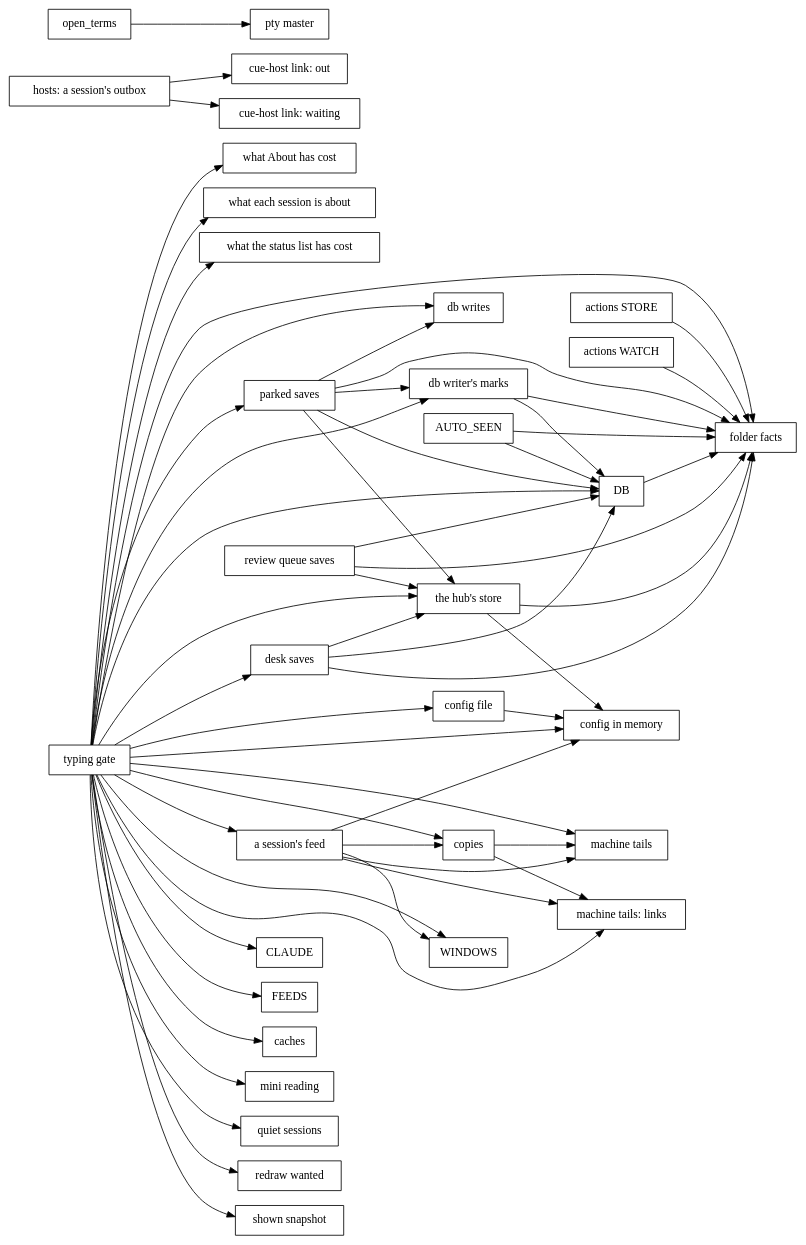
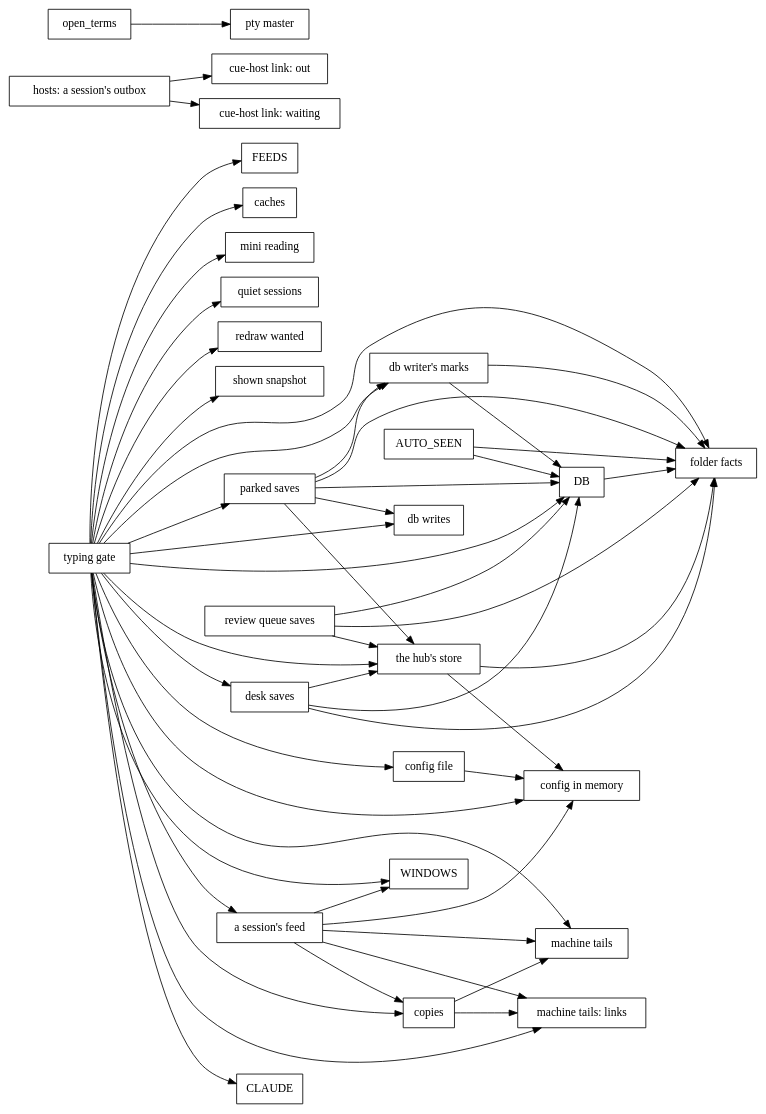
One commit to spacegrowth/cue changed the diagram in docs/dev/lock-graph.dot. Above: the diagram before and after it, drawn with Graphviz. The commit also changed 135 other files, not shown here.

```diff
--- a/docs/dev/lock-graph.dot
+++ b/docs/dev/lock-graph.dot
@@ -1,60 +1,55 @@
 // Generated by `cargo run -p xtask -- inventory`; don't edit by hand.
 digraph locks {
   rankdir=LR;
   node [shape=box];
   "AUTO_SEEN" -> "DB";
   "AUTO_SEEN" -> "folder facts";
   "DB" -> "folder facts";
   "a session's feed" -> "WINDOWS";
   "a session's feed" -> "config in memory";
   "a session's feed" -> "copies";
   "a session's feed" -> "machine tails";
   "a session's feed" -> "machine tails: links";
-  "actions STORE" -> "folder facts";
-  "actions WATCH" -> "folder facts";
   "config file" -> "config in memory";
   "copies" -> "machine tails";
   "copies" -> "machine tails: links";
   "db writer's marks" -> "DB";
   "db writer's marks" -> "folder facts";
   "desk saves" -> "DB";
   "desk saves" -> "folder facts";
   "desk saves" -> "the hub's store";
   "hosts: a session's outbox" -> "cue-host link: out";
   "hosts: a session's outbox" -> "cue-host link: waiting";
   "open_terms" -> "pty master";
   "parked saves" -> "DB";
   "parked saves" -> "db writer's marks";
   "parked saves" -> "db writes";
   "parked saves" -> "folder facts";
   "parked saves" -> "the hub's store";
   "review queue saves" -> "DB";
   "review queue saves" -> "folder facts";
   "review queue saves" -> "the hub's store";
   "the hub's store" -> "config in memory";
   "the hub's store" -> "folder facts";
   "typing gate" -> "CLAUDE";
   "typing gate" -> "DB";
   "typing gate" -> "FEEDS";
   "typing gate" -> "WINDOWS";
   "typing gate" -> "a session's feed";
   "typing gate" -> "caches";
   "typing gate" -> "config file";
   "typing gate" -> "config in memory";
   "typing gate" -> "copies";
   "typing gate" -> "db writer's marks";
   "typing gate" -> "db writes";
   "typing gate" -> "desk saves";
   "typing gate" -> "folder facts";
   "typing gate" -> "machine tails";
   "typing gate" -> "machine tails: links";
   "typing gate" -> "mini reading";
   "typing gate" -> "parked saves";
   "typing gate" -> "quiet sessions";
   "typing gate" -> "redraw wanted";
   "typing gate" -> "shown snapshot";
   "typing gate" -> "the hub's store";
-  "typing gate" -> "what About has cost";
-  "typing gate" -> "what each session is about";
-  "typing gate" -> "what the status list has cost";
 }
```
